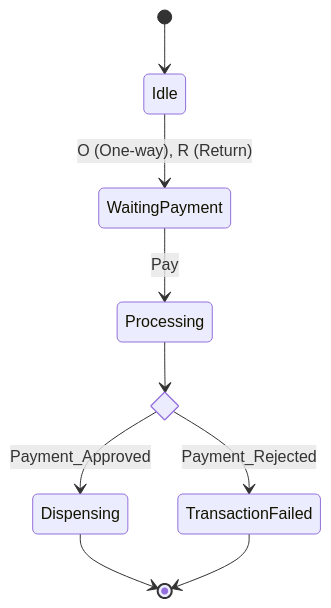
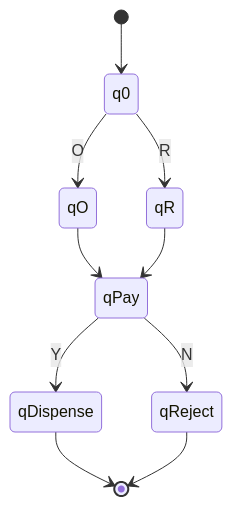
The second of 4 diagrams in README.md (ziaur390/finite_state_machine), drawn with Mermaid before and after one commit. The commit also changed other lines of this file, not shown here.

````diff
--- a/README.md
+++ b/README.md
@@ -40,17 +106,15 @@
 ```mermaid
 stateDiagram-v2
-    [*] --> Idle
-    
-    Idle --> WaitingPayment : O (One-way), R (Return)
-    
-    WaitingPayment --> Processing : Pay
-    
-    state Processing_Choice <<choice>>
-    Processing --> Processing_Choice
-    
-    Processing_Choice --> Dispensing : Payment_Approved
-    Processing_Choice --> TransactionFailed : Payment_Rejected
-    
-    Dispensing --> [*]
-    TransactionFailed --> [*]
+    [*] --> q0
+    q0 --> qO: O
+    q0 --> qR: R
+
+    qO --> qPay
+    qR --> qPay
+
+    qPay --> qDispense: Y
+    qPay --> qReject: N
+
+    qDispense --> [*]
+    qReject --> [*]
 ```
````
